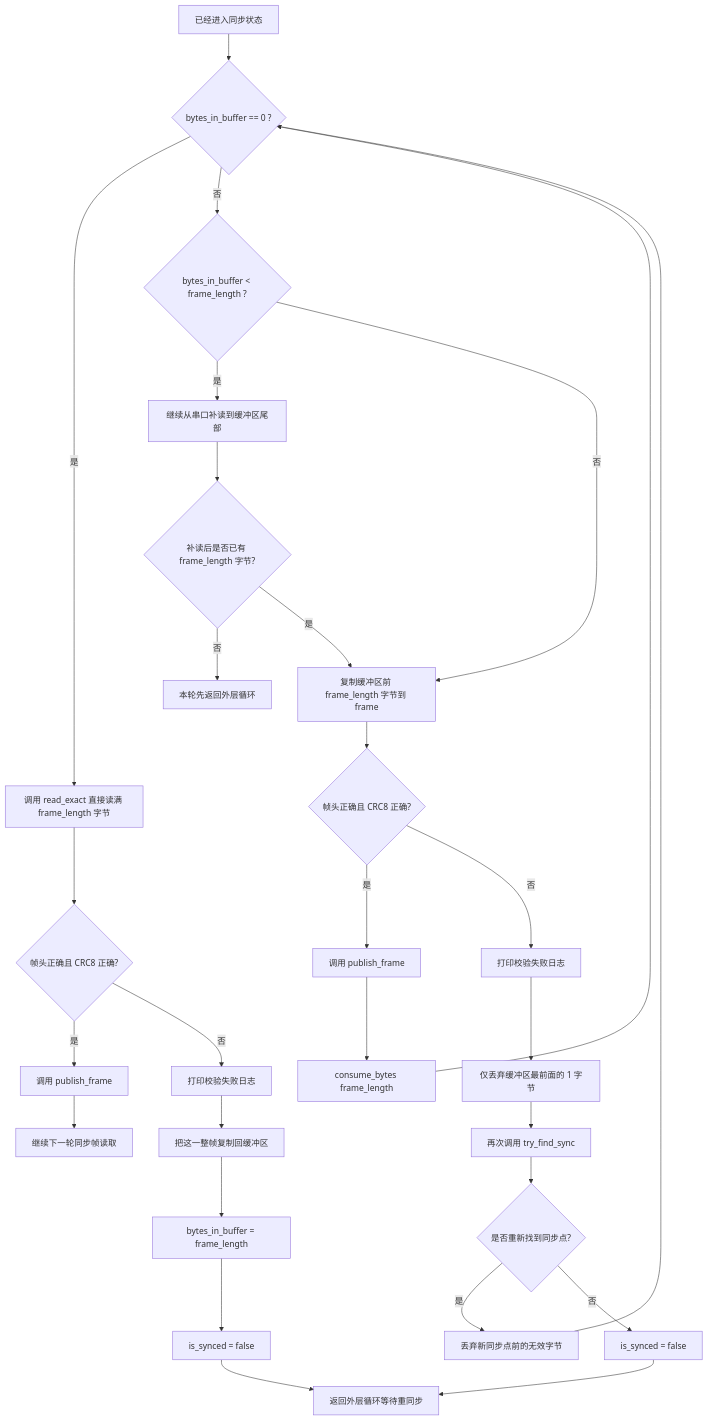
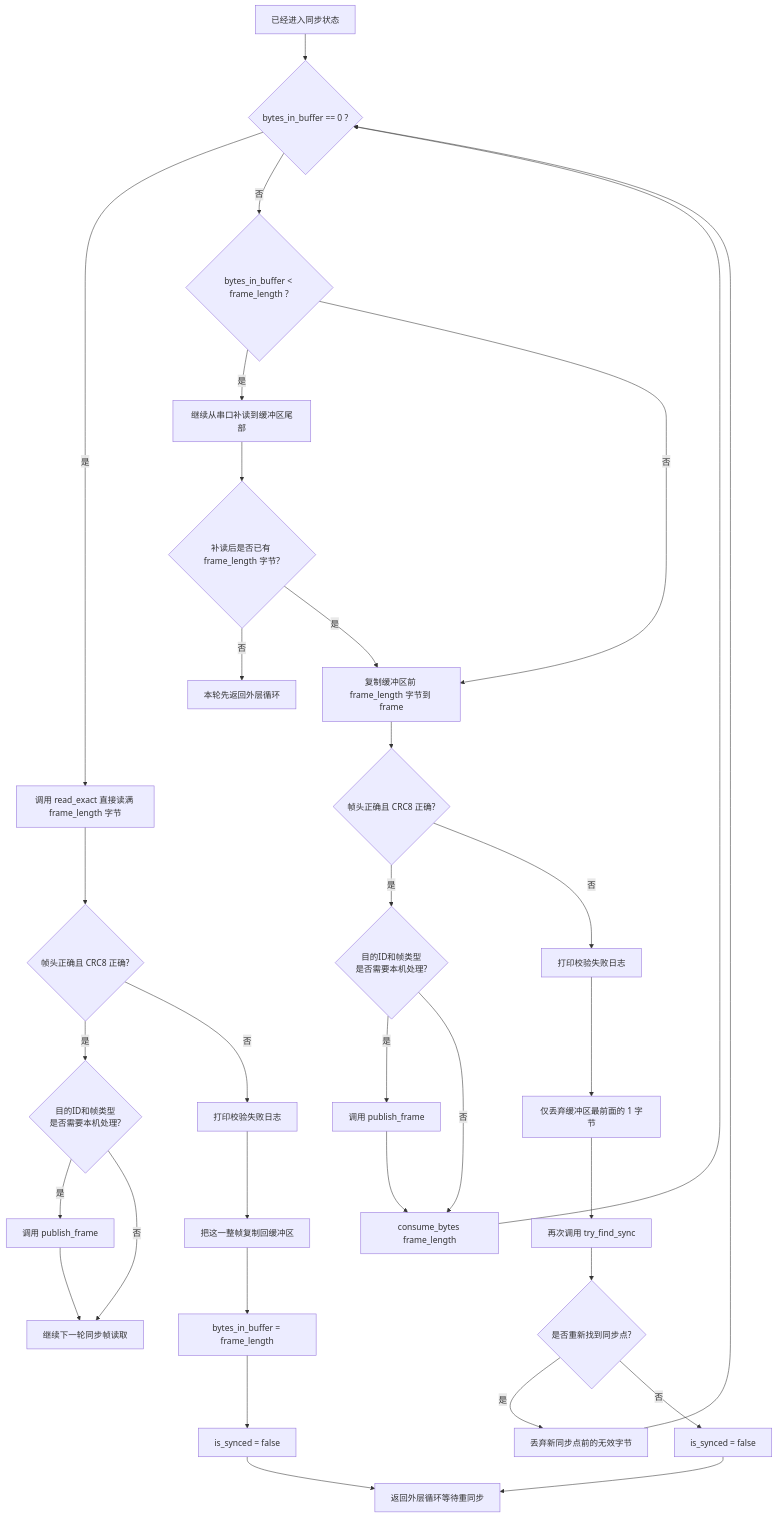
One commit to ecuster21/MissionComputerTeach changed the diagram in docs/frame_sync/03_已同步后处理.md. Above: the diagram before and after it, drawn with Mermaid. The commit also changed 11 other files, not shown here.

````diff
--- a/docs/frame_sync/03_已同步后处理.md
+++ b/docs/frame_sync/03_已同步后处理.md
@@ -5,34 +5,38 @@
 ```mermaid
 flowchart TB
     A[已经进入同步状态] --> B{bytes_in_buffer == 0 ?}
 
     B -- 是 --> C[调用 read_exact 直接读满 frame_length 字节]
     C --> D{帧头正确且 CRC8 正确?}
-    D -- 是 --> E[调用 publish_frame]
-    E --> F[继续下一轮同步帧读取]
+    D -- 是 --> E{目的ID和帧类型<br/>是否需要本机处理?}
+    E -- 是 --> F1[调用 publish_frame]
+    F1 --> F[继续下一轮同步帧读取]
+    E -- 否 --> F
     D -- 否 --> G[打印校验失败日志]
     G --> H[把这一整帧复制回缓冲区]
     H --> I[bytes_in_buffer = frame_length]
     I --> J[is_synced = false]
     J --> K[返回外层循环等待重同步]
 
     B -- 否 --> L{bytes_in_buffer < frame_length ?}
     L -- 是 --> M[继续从串口补读到缓冲区尾部]
     M --> N{补读后是否已有 frame_length 字节?}
     N -- 否 --> O[本轮先返回外层循环]
     N -- 是 --> P[复制缓冲区前 frame_length 字节到 frame]
     L -- 否 --> P[复制缓冲区前 frame_length 字节到 frame]
 
     P --> Q{帧头正确且 CRC8 正确?}
-    Q -- 是 --> R[调用 publish_frame]
-    R --> S[consume_bytes frame_length]
+    Q -- 是 --> R{目的ID和帧类型<br/>是否需要本机处理?}
+    R -- 是 --> S1[调用 publish_frame]
+    S1 --> S[consume_bytes frame_length]
+    R -- 否 --> S
     S --> B
     Q -- 否 --> T[打印校验失败日志]
     T --> U[仅丢弃缓冲区最前面的 1 字节]
     U --> V[再次调用 try_find_sync]
     V --> W{是否重新找到同步点?}
     W -- 是 --> X[丢弃新同步点前的无效字节]
     X --> B
     W -- 否 --> Y[is_synced = false]
     Y --> K
 ```
````
